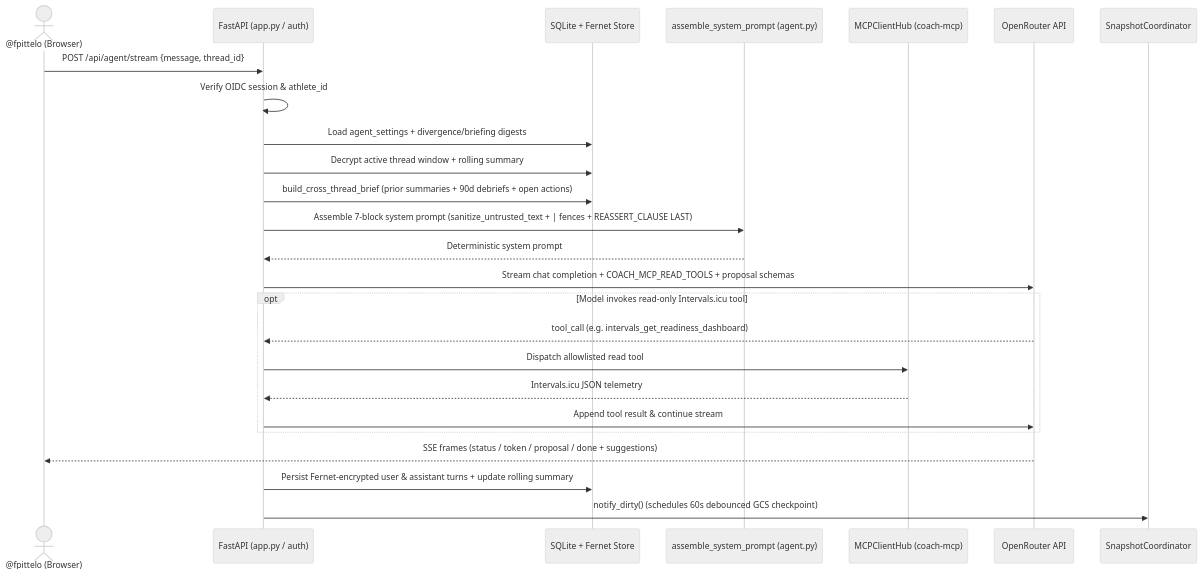
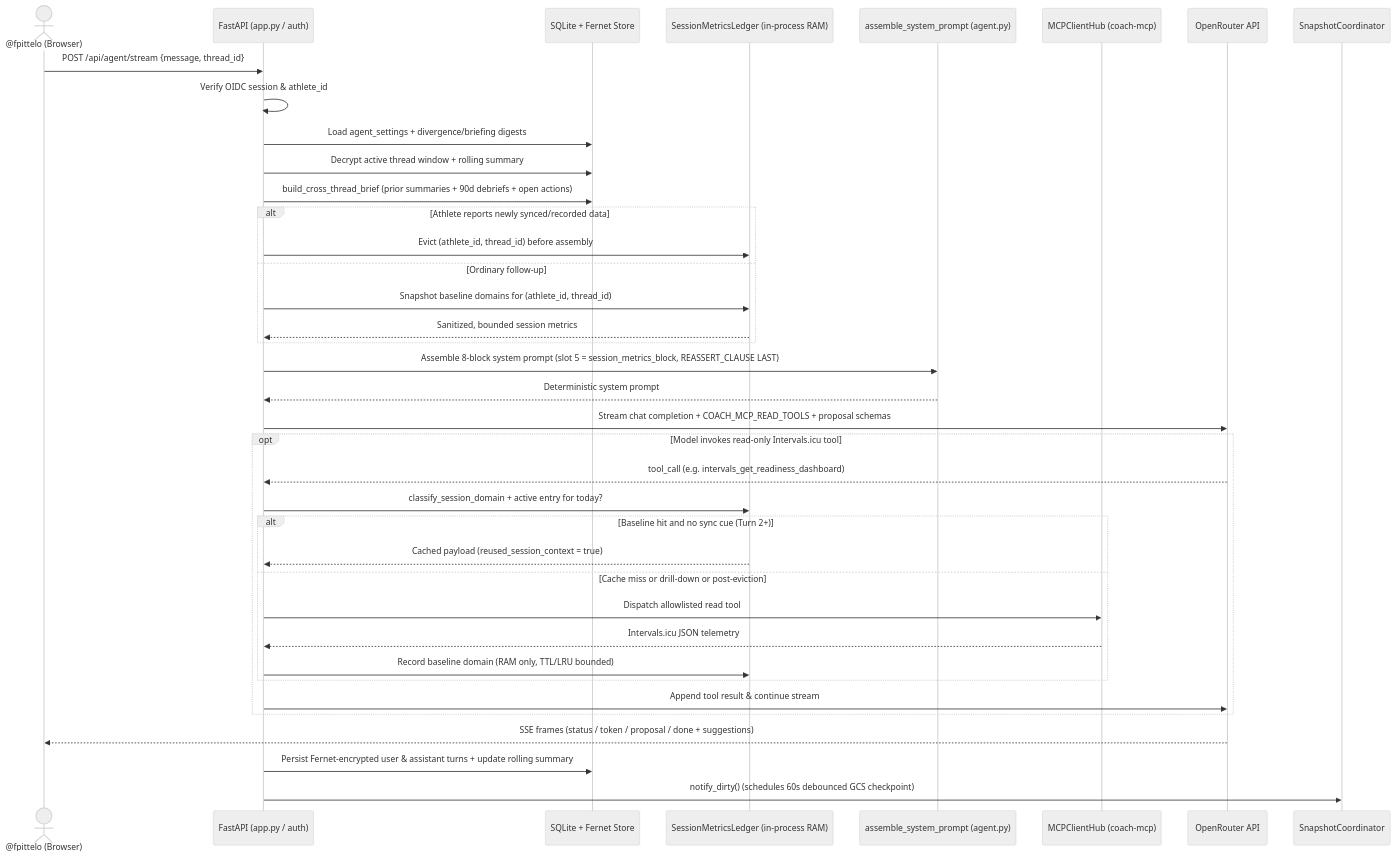
Before and after one commit to fpittelo/coach-web: the first of 3 diagrams in docs/architecture/arc42/02-runtime-and-delivery.md, drawn with Mermaid (neutral theme). The commit also changed other lines of this file and 9 other files, not shown here.

First line of the commit message:
feat(agent): intra-session read deduplication & coherent follow-up grounding (#435) (#456)

````diff
--- a/docs/architecture/arc42/02-runtime-and-delivery.md
+++ b/docs/architecture/arc42/02-runtime-and-delivery.md
@@ -14,28 +14,41 @@
 ```mermaid
 sequenceDiagram
     actor Athlete as @fpittelo (Browser)
     participant App as FastAPI (app.py / auth)
     participant Store as SQLite + Fernet Store
+    participant Ledger as SessionMetricsLedger (in-process RAM)
     participant Seam as assemble_system_prompt (agent.py)
     participant Hub as MCPClientHub (coach-mcp)
     participant LLM as OpenRouter API
     participant Snap as SnapshotCoordinator
 
     Athlete->>App: POST /api/agent/stream {message, thread_id}
     App->>App: Verify OIDC session & athlete_id
     App->>Store: Load agent_settings + divergence/briefing digests
     App->>Store: Decrypt active thread window + rolling summary
     App->>Store: build_cross_thread_brief (prior summaries + 90d debriefs + open actions)
-    App->>Seam: Assemble 7-block system prompt (sanitize_untrusted_text + | fences + REASSERT_CLAUSE LAST)
+    alt Athlete reports newly synced/recorded data
+        App->>Ledger: Evict (athlete_id, thread_id) before assembly
+    else Ordinary follow-up
+        App->>Ledger: Snapshot baseline domains for (athlete_id, thread_id)
+        Ledger-->>App: Sanitized, bounded session metrics
+    end
+    App->>Seam: Assemble 8-block system prompt (slot 5 = session_metrics_block, REASSERT_CLAUSE LAST)
     Seam-->>App: Deterministic system prompt
     App->>LLM: Stream chat completion + COACH_MCP_READ_TOOLS + proposal schemas
     opt Model invokes read-only Intervals.icu tool
         LLM-->>App: tool_call (e.g. intervals_get_readiness_dashboard)
-        App->>Hub: Dispatch allowlisted read tool
-        Hub-->>App: Intervals.icu JSON telemetry
+        App->>Ledger: classify_session_domain + active entry for today?
+        alt Baseline hit and no sync cue (Turn 2+)
+            Ledger-->>App: Cached payload (reused_session_context = true)
+        else Cache miss or drill-down or post-eviction
+            App->>Hub: Dispatch allowlisted read tool
+            Hub-->>App: Intervals.icu JSON telemetry
+            App->>Ledger: Record baseline domain (RAM only, TTL/LRU bounded)
+        end
         App->>LLM: Append tool result & continue stream
     end
     LLM-->>Athlete: SSE frames (status / token / proposal / done + suggestions)
     App->>Store: Persist Fernet-encrypted user & assistant turns + update rolling summary
     App->>Snap: notify_dirty() (schedules 60s debounced GCS checkpoint)
 ```
````
